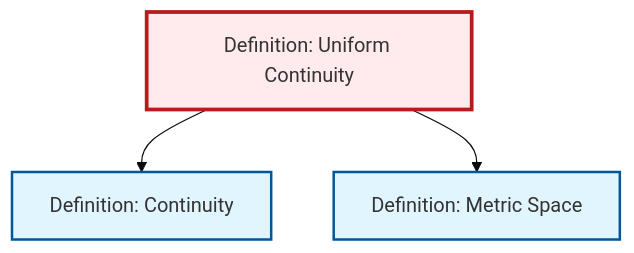
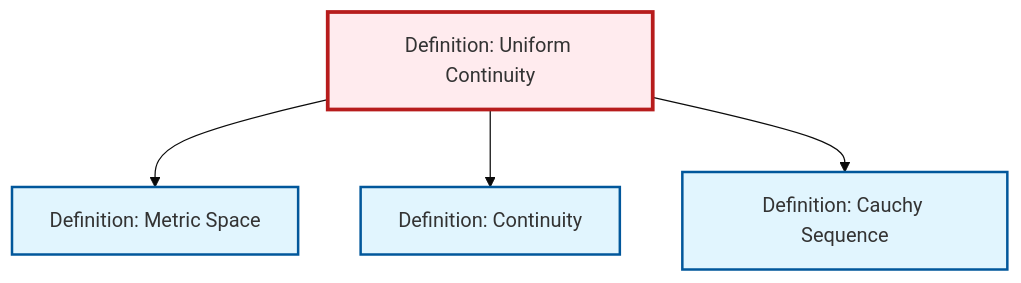
One commit to RK0429/ModernMath changed the diagram in content/ja/analysis/def-uniform-continuity.qmd. Above: the diagram before and after it, drawn with Mermaid (base theme). The commit also changed 531 other files, not shown here.

````diff
--- a/content/ja/analysis/def-uniform-continuity.qmd
+++ b/content/ja/analysis/def-uniform-continuity.qmd
@@ -70,17 +70,20 @@
 ```{mermaid}
 %%| fig-cap: "Local dependency graph"
 graph TD
     classDef definition fill:#e1f5fe,stroke:#01579b,stroke-width:2px
     classDef theorem fill:#f3e5f5,stroke:#4a148c,stroke-width:2px
     classDef axiom fill:#fff3e0,stroke:#e65100,stroke-width:2px
     classDef example fill:#e8f5e9,stroke:#1b5e20,stroke-width:2px
     classDef current fill:#ffebee,stroke:#b71c1c,stroke-width:3px
     def-uniform-continuity["Definition: Uniform Continuity"]:::definition
+    def-continuity["Definition: Continuity"]:::definition
+    def-cauchy-sequence["Definition: Cauchy Sequence"]:::definition
     def-metric-space["Definition: Metric Space"]:::definition
-    def-continuity["Definition: Continuity"]:::definition
+    def-uniform-continuity --> def-metric-space
     def-uniform-continuity --> def-continuity
-    def-uniform-continuity --> def-metric-space
+    def-uniform-continuity --> def-cauchy-sequence
     class def-uniform-continuity current
+    click def-continuity "def-continuity.html" "Definition: Continuityへ"
+    click def-cauchy-sequence "def-cauchy-sequence.html" "Definition: Cauchy Sequenceへ"
     click def-metric-space "def-metric-space.html" "Definition: Metric Spaceへ"
-    click def-continuity "def-continuity.html" "Definition: Continuityへ"
 ```
````
